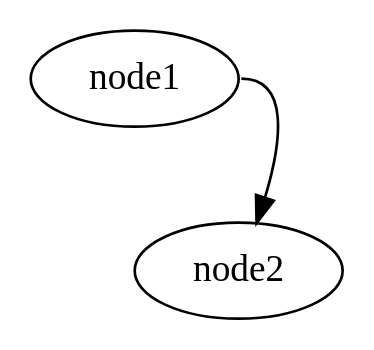
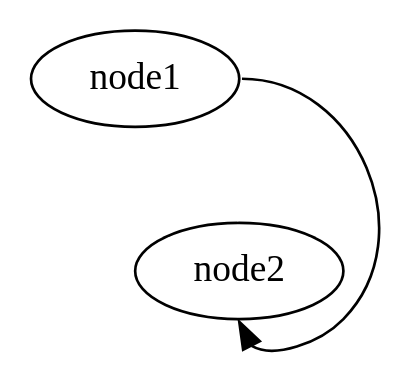
Before and after one commit to jingtaozf/s-graphviz: the diagram in images/port.dot, drawn with Graphviz. The commit also changed 2 other files, not shown here.

Commit message:
update the example for node-id

```diff
--- a/images/port.dot
+++ b/images/port.dot
@@ -1,5 +1,5 @@
-// This file is generated automatically by s-dot.
+// This file is generated automatically by S-DOT.
 
 digraph {
-  node1 : e -> node2;
+  node1 : e -> node2 : s;
 }
```
